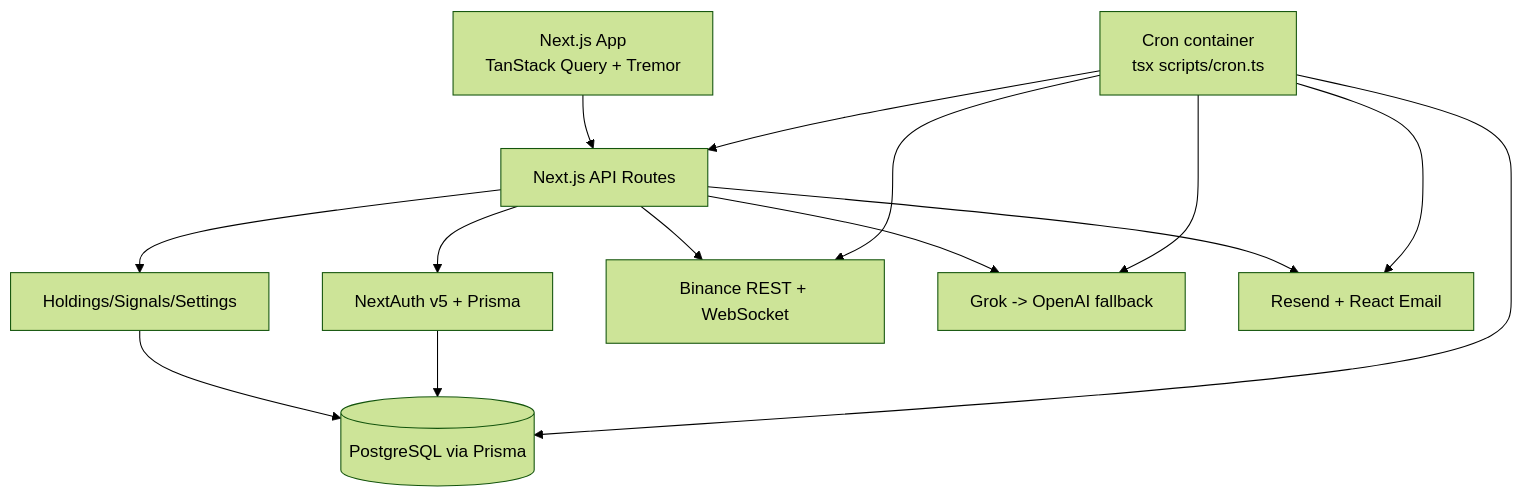
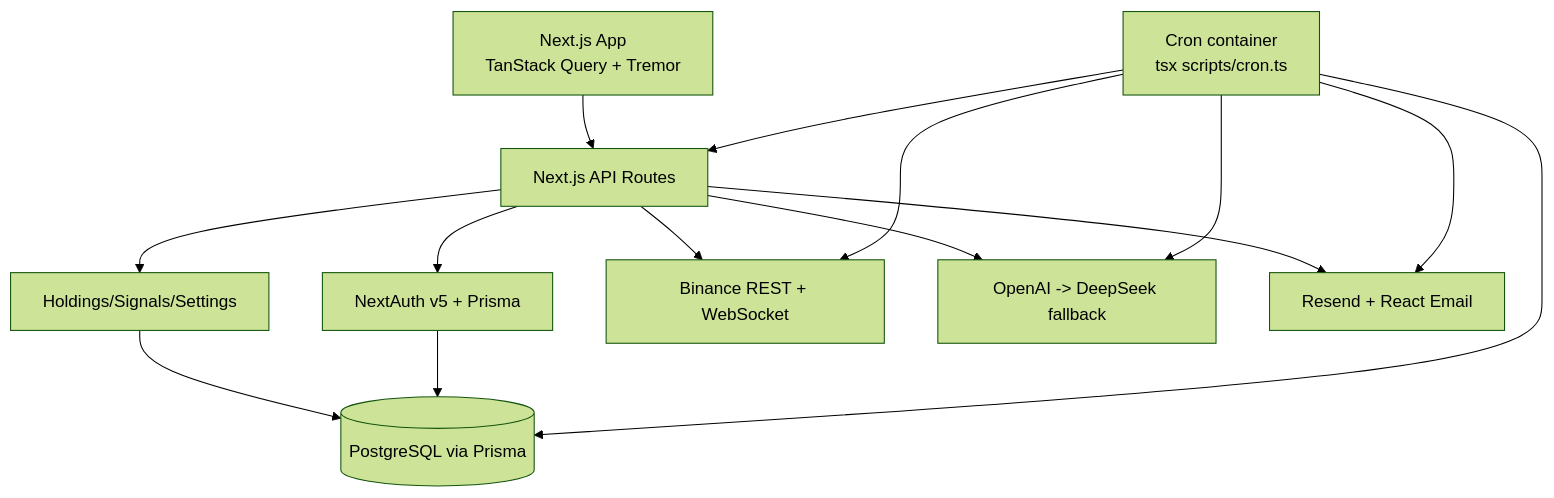
The diagram in docs/ARCHITECTURE.md (bhoyee/ApexPulse), drawn with Mermaid (forest theme) before and after one commit. The commit also changed 4 other files, not shown here.

````diff
--- a/docs/ARCHITECTURE.md
+++ b/docs/ARCHITECTURE.md
@@ -3,16 +3,16 @@
 ```mermaid
 flowchart TD
     Browser[Next.js App<br/>TanStack Query + Tremor] --> API[Next.js API Routes]
     API --> Auth[NextAuth v5 + Prisma]
     API --> Holdings[Holdings/Signals/Settings]
     API --> Binance[Binance REST + WebSocket]
-    API --> AI[Grok -> OpenAI fallback]
+    API --> AI[OpenAI -> DeepSeek fallback]
     API --> Email[Resend + React Email]
     Holdings --> DB[(PostgreSQL via Prisma)]
     Auth --> DB
     Cron[Cron container<br/>tsx scripts/cron.ts] --> API
     Cron --> Binance
     Cron --> AI
     Cron --> Email
     Cron --> DB
 ```
````
